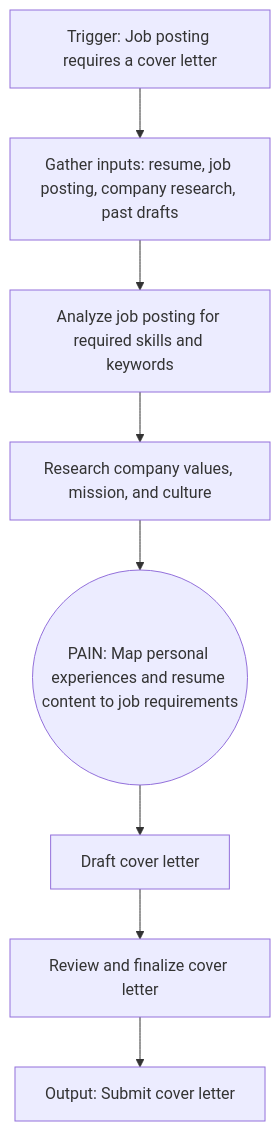
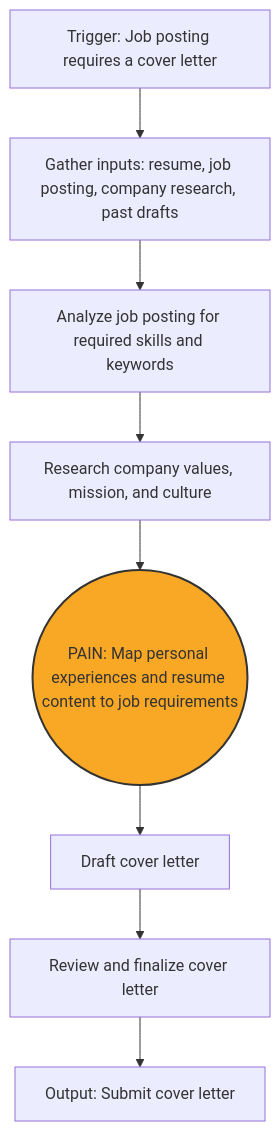
The diagram in week2/pdd_template_v1.md (whitneyrobinson-creator/data6900), drawn with Mermaid before and after one commit. The commit also changed other lines of this file, not shown here.

Commit message:
Milestone 1 PDD Before Group Review
Final Revisions before Group Review

````diff
--- a/week2/pdd_template_v1.md
+++ b/week2/pdd_template_v1.md
@@ -16,11 +16,14 @@
 ```mermaid
 graph TD
     A[Trigger: Job posting requires a cover letter] --> B[Gather inputs: resume, job posting, company research, past drafts]
     B --> C[Analyze job posting for required skills and keywords]
     C --> D[Research company values, mission, and culture]
     D --> PainPoint((PAIN: Map personal experiences and resume content to job requirements))
     PainPoint --> F[Draft cover letter]
     F --> G[Review and finalize cover letter]
     G --> H[Output: Submit cover letter]
 
+    style PainPoint fill:#f9a825,stroke:#333,stroke-width:2px
+
+
 ```
````
